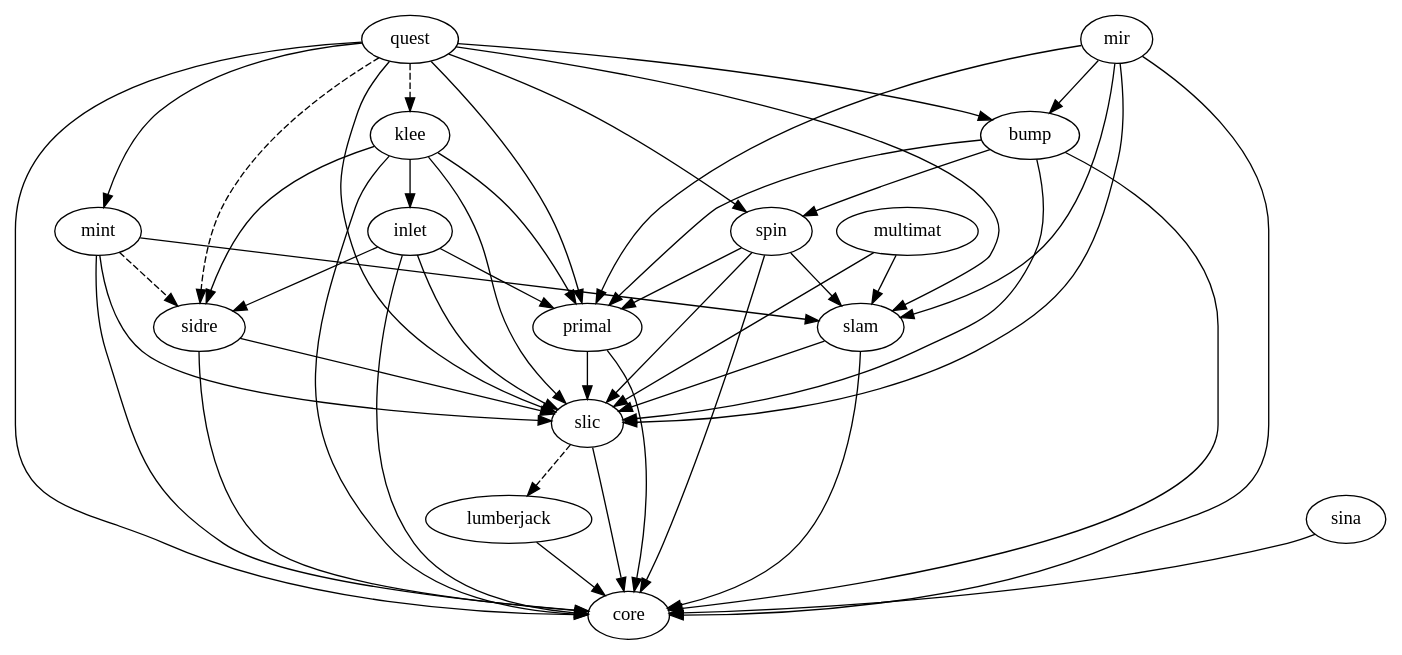
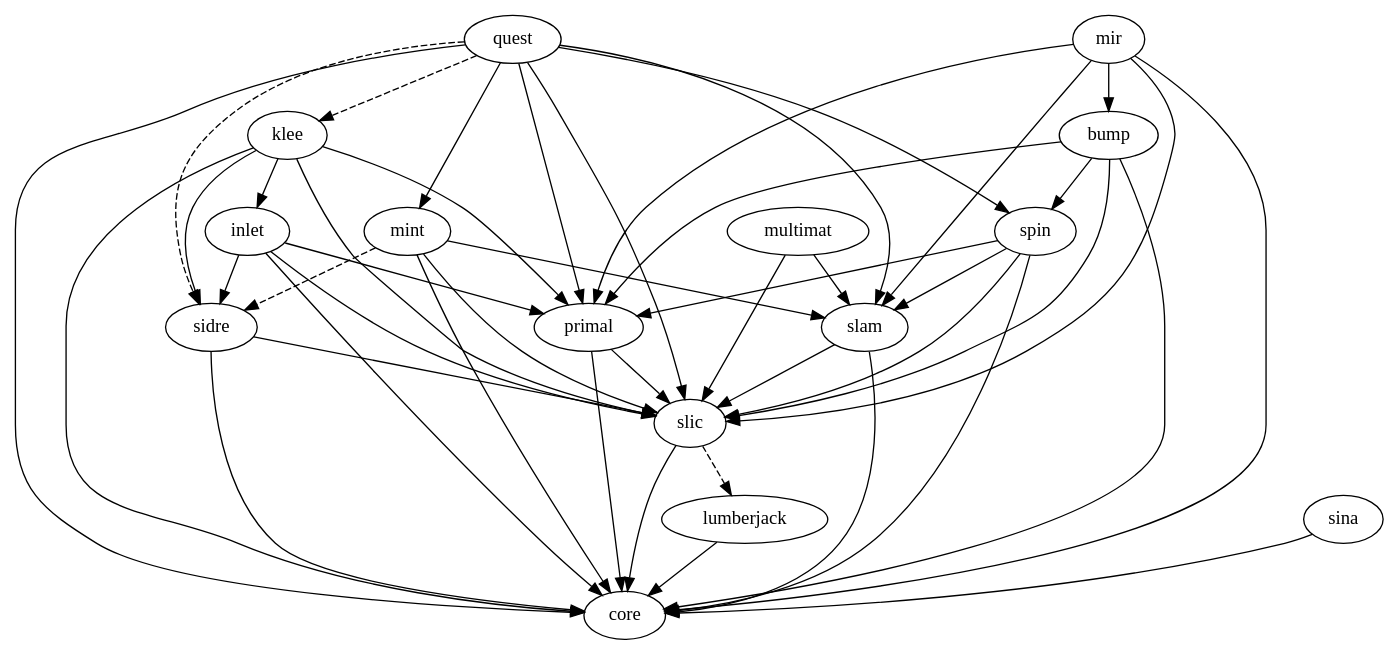
Before and after one commit to llnl/axom: the diagram in src/docs/dependencies.dot, drawn with Graphviz. The commit also changed 3 other files, not shown here.

First line of the commit message:
Revert changes -- bump is only an optional dependency of quest

```diff
--- a/src/docs/dependencies.dot
+++ b/src/docs/dependencies.dot
@@ -1,17 +1,17 @@
 digraph dependencies {
-  quest -> {bump slam primal mint spin};
+  quest -> {slam primal mint spin};
   quest -> {klee sidre} [style="dashed"];
   {inlet klee mint primal quest slam spin sidre} -> {slic core};
   mint -> slam
   mint -> sidre [style="dashed"];
   mir -> {bump slic core slam primal};
   multimat -> {slic slam};
   spin -> {slam primal};
   sina -> {core};
   slic -> core;
   slic -> lumberjack [style="dashed"];
   lumberjack -> core;
   inlet -> {sidre primal};
   klee -> {sidre primal inlet};
   bump -> {core slic spin primal};
 }
```
